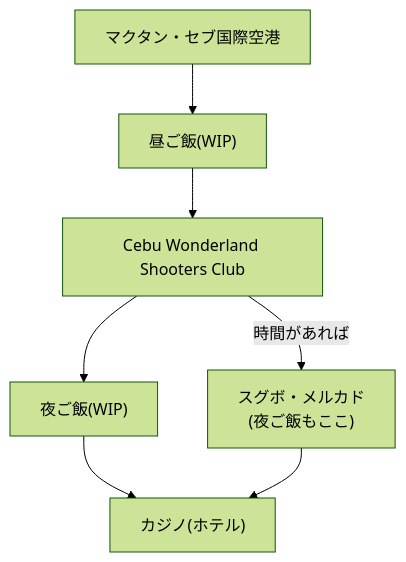
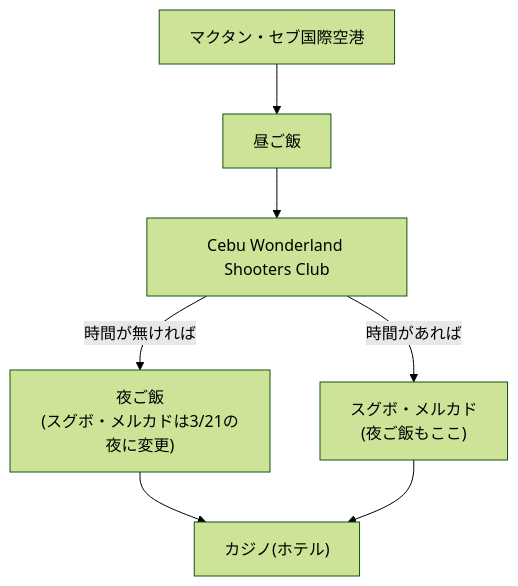
One commit to TKG-happy/Cebu_Island_travel_plan changed the diagram in plans/0320.md. Above: the diagram before and after it, drawn with Mermaid (forest theme). The commit also changed other lines of this file and 3 other files, not shown here.

````diff
--- a/plans/0320.md
+++ b/plans/0320.md
@@ -15,13 +15,15 @@
 ```mermaid
 flowchart TB
-    A["マクタン・セブ国際空港"] --> B["昼ご飯(WIP)"]
+    A["マクタン・セブ国際空港"] --> B["昼ご飯"]
 
     B --> C["Cebu Wonderland Shooters Club"]
     click C "https://www.cebu-tours.com/gun" "Cebu Wonderland Shooters Club"
 
-    C --> D["夜ご飯(WIP)"]
-    C --> |時間があれば|E["スグボ・メルカド<br>(夜ご飯もここ)"]
+    C --> |時間が無ければ| D["夜ご飯<br>(スグボ・メルカドは3/21の夜に変更)"]
+    C --> |時間があれば| E["スグボ・メルカド<br>(夜ご飯もここ)"]
+
     D --> F["カジノ(ホテル)"]
     E --> F["カジノ(ホテル)"]
+
     click E "https://www.ceburyugaku-master.com/activity/sugbo.html" "スグボ・メルカド"
 ```
````
